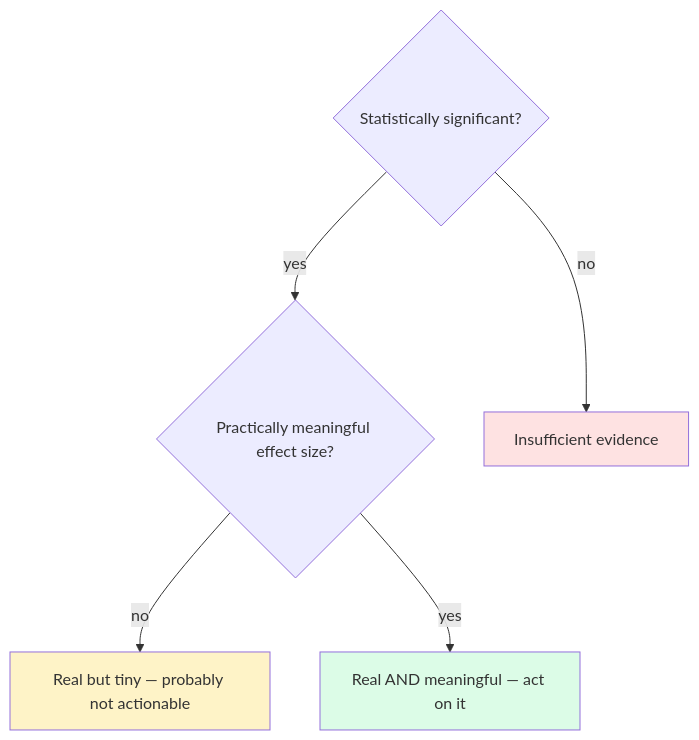
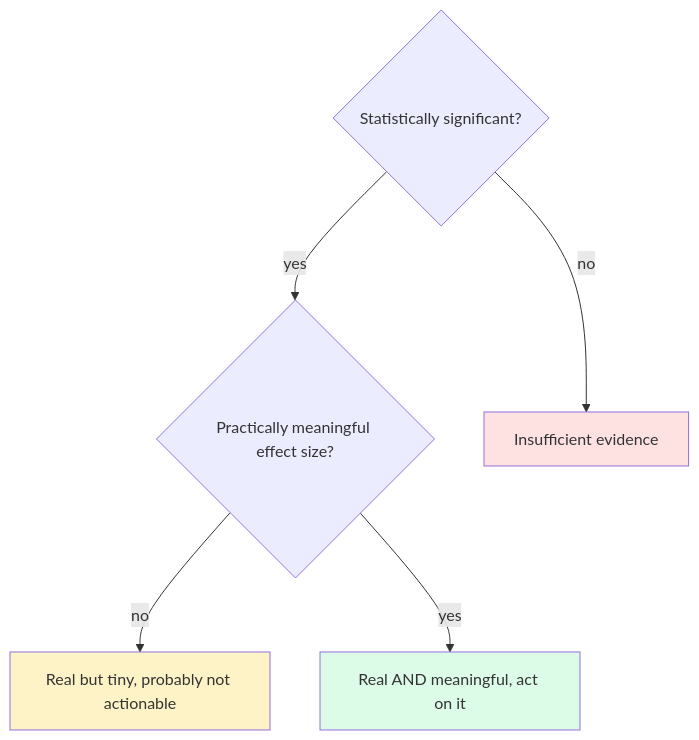
One commit to dataslope/dataslope changed the diagram in content/courses/practical-r-for-beginners/intuition-for-inference.mdx. Above: the diagram before and after it, drawn with Mermaid. The commit also changed other lines of this file and 1206 other files, not shown here.

````diff
--- a/content/courses/practical-r-for-beginners/intuition-for-inference.mdx
+++ b/content/courses/practical-r-for-beginners/intuition-for-inference.mdx
@@ -232,12 +232,12 @@
 ```mermaid
 flowchart TB
   q1{Statistically significant?}
   q2{Practically meaningful effect size?}
   q1 -- no --> nope[Insufficient evidence]
   q1 -- yes --> q2
-  q2 -- no --> meh[Real but tiny — probably not actionable]
-  q2 -- yes --> act[Real AND meaningful — act on it]
+  q2 -- no --> meh[Real but tiny, probably not actionable]
+  q2 -- yes --> act[Real AND meaningful, act on it]
   style act fill:#dcfce7
   style meh fill:#fef3c7
   style nope fill:#fee2e2
 ```
````
